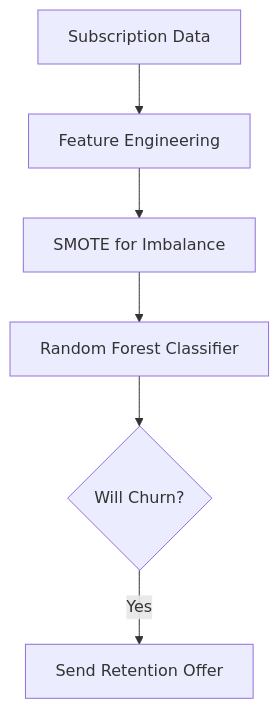
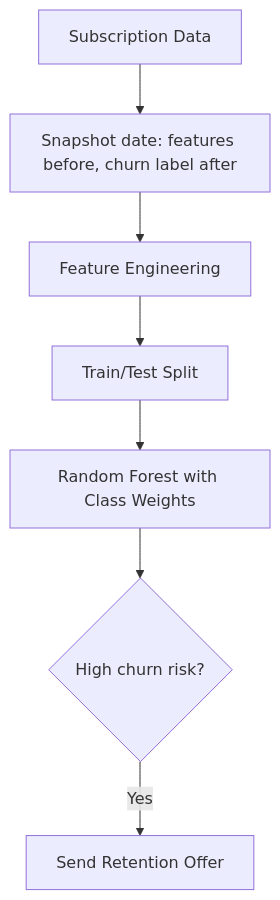
Diagram 14 of 20 in 04_data_science/DATA_SCIENCE_ANSWERS.md (Web3Dev300/ai-journey), drawn with Mermaid before and after one commit. The commit also changed other lines of this file and 10 other files, not shown here.

````diff
--- a/04_data_science/DATA_SCIENCE_ANSWERS.md
+++ b/04_data_science/DATA_SCIENCE_ANSWERS.md
@@ -722,8 +1070,9 @@
 ```mermaid
 flowchart TD
-    A[Subscription Data] --> B[Feature Engineering]
-    B --> C[SMOTE for Imbalance]
-    C --> D[Random Forest Classifier]
-    D --> E{Will Churn?}
-    E -->|Yes| F[Send Retention Offer]
+    A[Subscription Data] --> B["Snapshot date: features before, churn label after"]
+    B --> C[Feature Engineering]
+    C --> D[Train/Test Split]
+    D --> E[Random Forest with Class Weights]
+    E --> F{High churn risk?}
+    F -->|Yes| G[Send Retention Offer]
 ```
````
